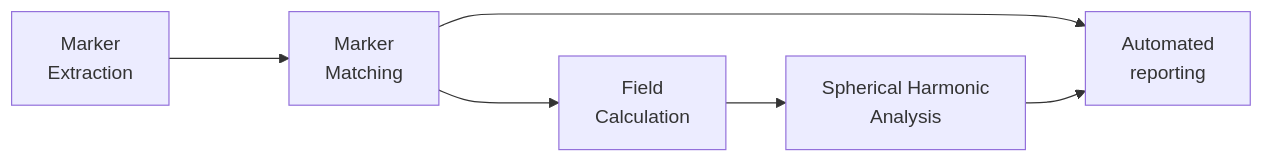
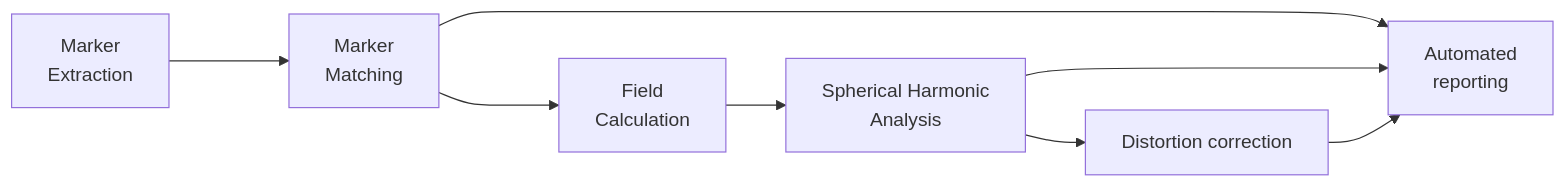
The diagram in README.md (Image-X-Institute/mri_distortion_toolkit), drawn with Mermaid before and after one commit. The commit also changed other lines of this file and 6 other files, not shown here.

Commit message:
first order 2D distortion correction working

````diff
--- a/README.md
+++ b/README.md
@@ -8,12 +8,13 @@
 ```mermaid
 flowchart LR
     A[Marker <br>Extraction]--->B[Marker <br>Matching]
     B[Marker <br>Matching]--->C[Field <br> Calculation] & E[Automated <br>reporting]
     C[Field <br> Calculation]-->D[Spherical Harmonic <br>Analysis]
-    D[Spherical Harmonic <br>Analysis]-->E[Automated <br>reporting];
+    D[Spherical Harmonic <br>Analysis]-->E[Automated <br>reporting] & F[Distortion correction] 
+    F[Distortion correction]-->E[Automated <br>reporting];
     click A "https://acrf-image-x-institute.github.io/MRI_DistortionQA/code_docs.html#MRI_DistortionQA.MarkerAnalysis.MarkerVolume"
     click B "https://acrf-image-x-institute.github.io/MRI_DistortionQA/code_docs.html#MRI_DistortionQA.MarkerAnalysis.MatchedMarkerVolumes"
     click C "https://acrf-image-x-institute.github.io/MRI_DistortionQA/code_docs.html#MRI_DistortionQA.FieldCalculation.ConvertMatchedMarkersToBz"
     click D "https://acrf-image-x-institute.github.io/MRI_DistortionQA/code_docs.html#MRI_DistortionQA.FieldAnalysis.SphericalHarmonicFit"
     click E "https://acrf-image-x-institute.github.io/MRI_DistortionQA/code_docs.html#MRI_DistortionQA.Reports.MRI_QA_Reporter"
 ```
````
